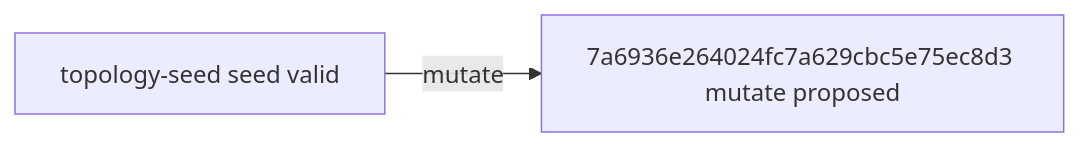
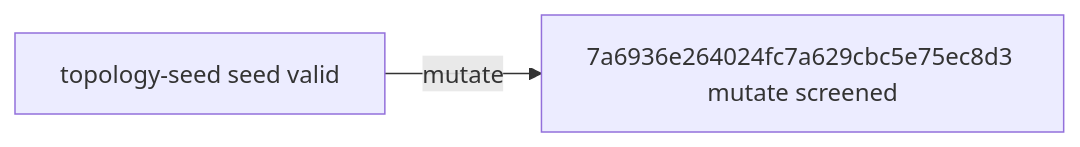
One commit to timbtz/feyer-search-lab changed the diagram in experiments/campaigns/layout-numerical-v2/README.md. Above: the diagram before and after it, drawn with Mermaid. The commit also changed other lines of this file and 7 other files, not shown here.

````diff
--- a/experiments/campaigns/layout-numerical-v2/README.md
+++ b/experiments/campaigns/layout-numerical-v2/README.md
@@ -21,6 +21,6 @@
 ```mermaid
 graph LR
   n0["topology-seed seed valid"]
-  n1["7a6936e264024fc7a629cbc5e75ec8d3 mutate proposed"]
+  n1["7a6936e264024fc7a629cbc5e75ec8d3 mutate screened"]
   n0 -->|mutate| n1
 ```
````
